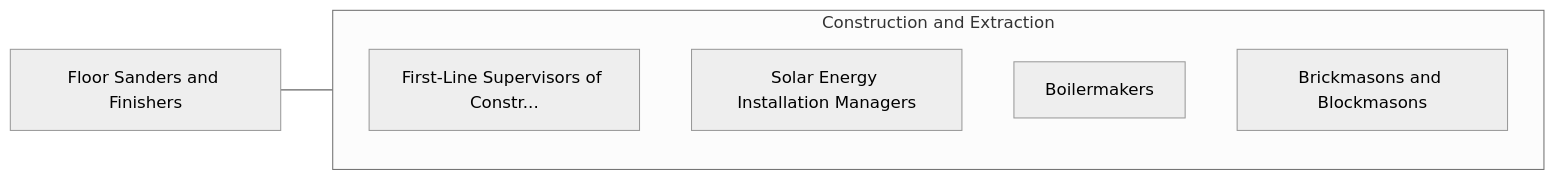
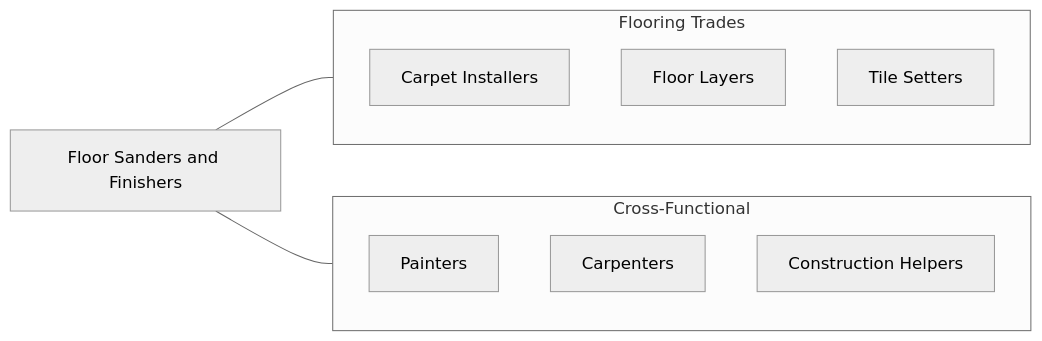
One commit to kziemski/business.org.ai changed the fourth of 4 diagrams in occupations/Construction/FloorSandersAndFinishers.mdx. Above: the diagram before and after it, drawn with Mermaid (neutral theme). The commit also changed other lines of this file and 938 other files, not shown here.

````diff
--- a/occupations/Construction/FloorSandersAndFinishers.mdx
+++ b/occupations/Construction/FloorSandersAndFinishers.mdx
@@ -101,13 +215,19 @@
 ```mermaid
 graph LR
     Current["Floor Sanders and Finishers"]
 
-    subgraph SameCategory["Construction and Extraction"]
-        FirstLineSupervisors["First-Line Supervisors of Constr..."]
-        SolarEnergyInstallat["Solar Energy Installation Managers"]
-        Boilermakers["Boilermakers"]
-        BrickmasonsAndBlockm["Brickmasons and Blockmasons"]
+    subgraph SameCategory["Flooring Trades"]
+        Carpet["Carpet Installers"]
+        Floor["Floor Layers"]
+        Tile["Tile Setters"]
+    end
+
+    subgraph CrossFunctional["Cross-Functional"]
+        Painter["Painters"]
+        Carpenter["Carpenters"]
+        Helper["Construction Helpers"]
     end
 
     Current --- SameCategory
+    Current --- CrossFunctional
 ```
````
